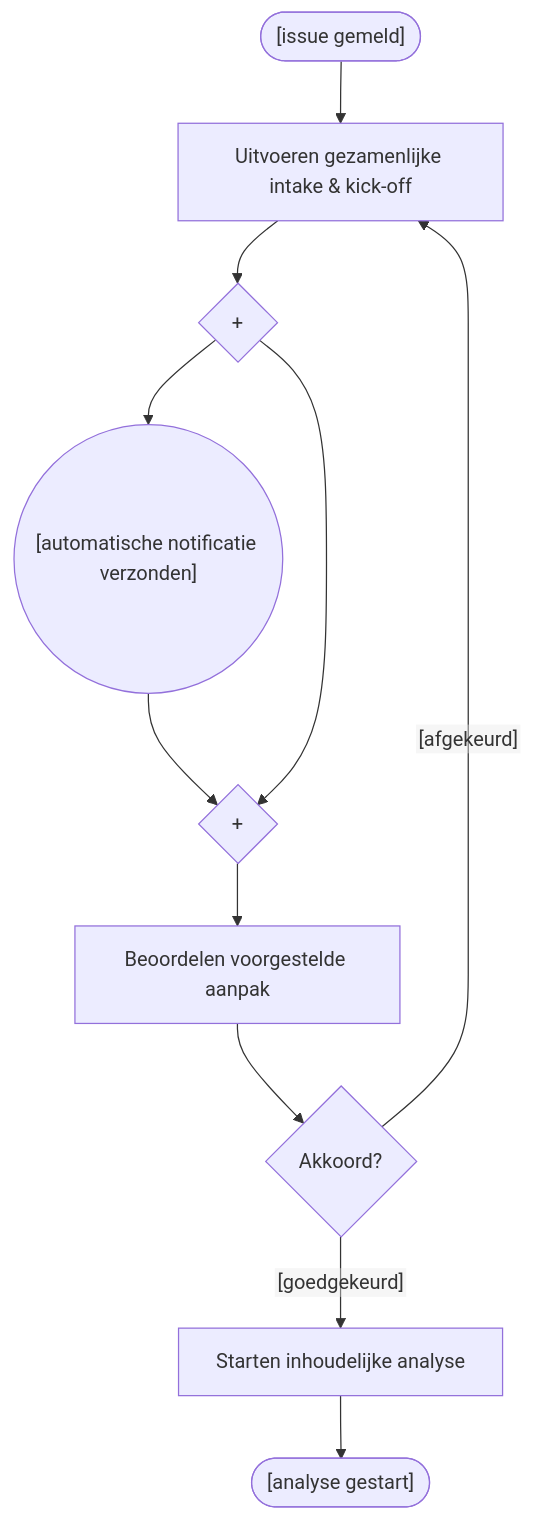
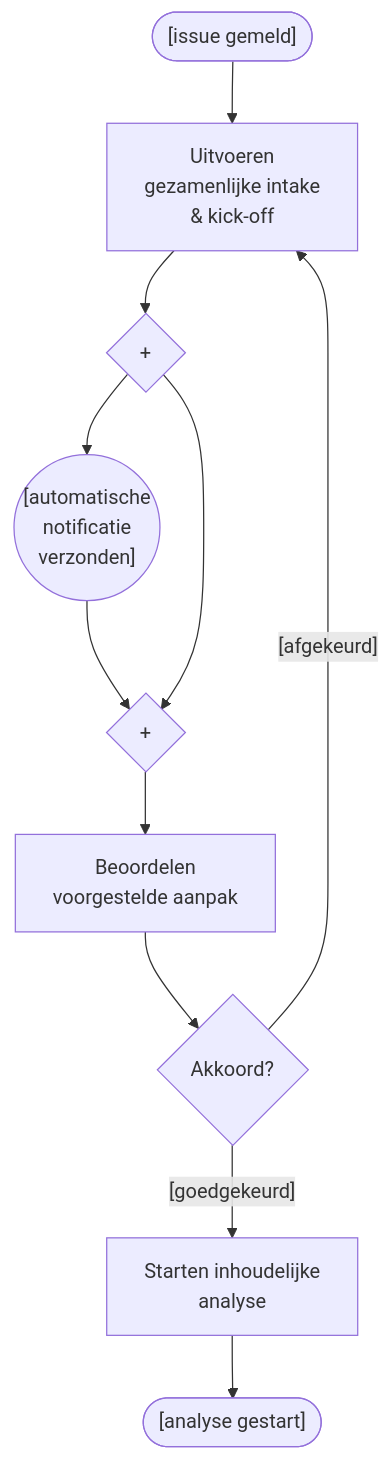
One commit to Zaibatsu89/IssueTracker changed the diagram in 2 Issue Tracker review aanpak.mermaid. Above: the diagram before and after it, drawn with Mermaid. The commit also changed 14 other files, not shown here.

```diff
--- a/2 Issue Tracker review aanpak.mermaid
+++ b/2 Issue Tracker review aanpak.mermaid
@@ -1,21 +1,21 @@
-%%{init: {'theme': 'default', 'themeVariables': {'fontFamily': 'sans-serif'}, 'flowchart': {'htmlLabels': false}}}%%
+%%{init: {'theme': 'default', 'themeVariables': {'fontFamily': 'sans-serif'}, 'flowchart': {'htmlLabels': true}}}%%
 flowchart TD
     bpmn_start_event(["[issue gemeld]"])
-    bpmn_task_intake["Uitvoeren gezamenlijke intake & kick-off"]
+    bpmn_task_intake["Uitvoeren<br>gezamenlijke intake<br>& kick-off"]
     bpmn_gateway_fork{"+"}
-    bpmn_event_notification(("[automatische notificatie verzonden]"))
+    bpmn_event_notification(("[automatische<br>notificatie<br>verzonden]"))
     bpmn_gateway_join{"+"}
-    bpmn_task_beoordeling["Beoordelen voorgestelde aanpak"]
+    bpmn_task_beoordeling["Beoordelen<br>voorgestelde aanpak"]
     bpmn_gateway_xor{"Akkoord?"}
-    bpmn_task_analyse["Starten inhoudelijke analyse"]
+    bpmn_task_analyse["Starten inhoudelijke<br>analyse"]
     bpmn_end_event(["[analyse gestart]"])
     bpmn_gateway_xor -->|"[goedgekeurd]"| bpmn_task_analyse
     bpmn_gateway_xor -->|"[afgekeurd]"| bpmn_task_intake
     bpmn_start_event --> bpmn_task_intake
     bpmn_task_intake --> bpmn_gateway_fork
     bpmn_gateway_fork --> bpmn_event_notification
     bpmn_event_notification --> bpmn_gateway_join
     bpmn_gateway_fork --> bpmn_gateway_join
     bpmn_gateway_join --> bpmn_task_beoordeling
     bpmn_task_beoordeling --> bpmn_gateway_xor
     bpmn_task_analyse --> bpmn_end_event
```
